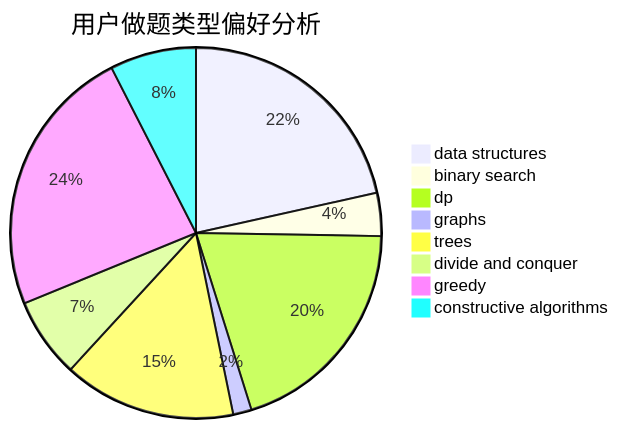
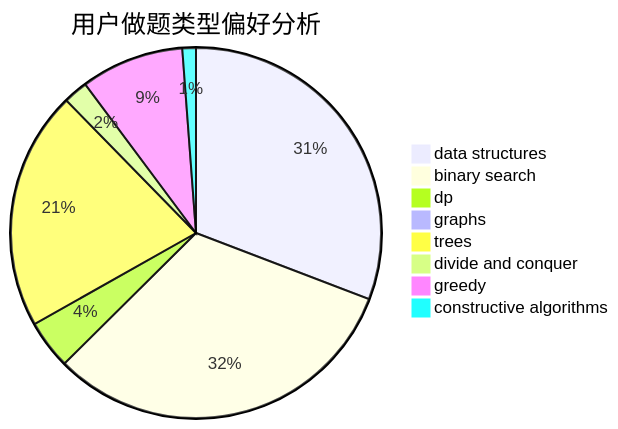
One commit to sherpahu/cfrs.github.io changed the second of 3 diagrams in docs/user/u1102.md. Above: the diagram before and after it, drawn with Mermaid. The commit also changed other lines of this file and 2770 other files, not shown here.

````diff
--- a/docs/user/u1102.md
+++ b/docs/user/u1102.md
@@ -23,11 +23,11 @@
 ```mermaid
 pie title 用户做题类型偏好分析
-    "data structures" :  40
-    "binary search" :  7
-    "dp" :  37
-    "graphs" :  3
-    "trees" :  28
-    "divide and conquer" :  13
-    "greedy" :  44
-    "constructive algorithms" :  14
+    "data structures" :  130
+    "binary search" :  134
+    "dp" :  18
+    "graphs" :  1
+    "trees" :  88
+    "divide and conquer" :  9
+    "greedy" :  38
+    "constructive algorithms" :  5
 ```
````
